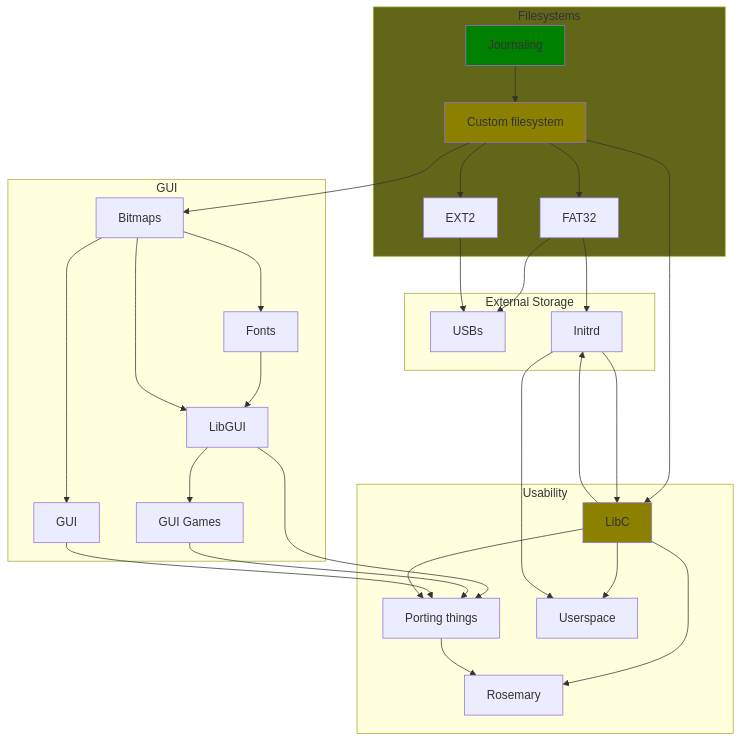
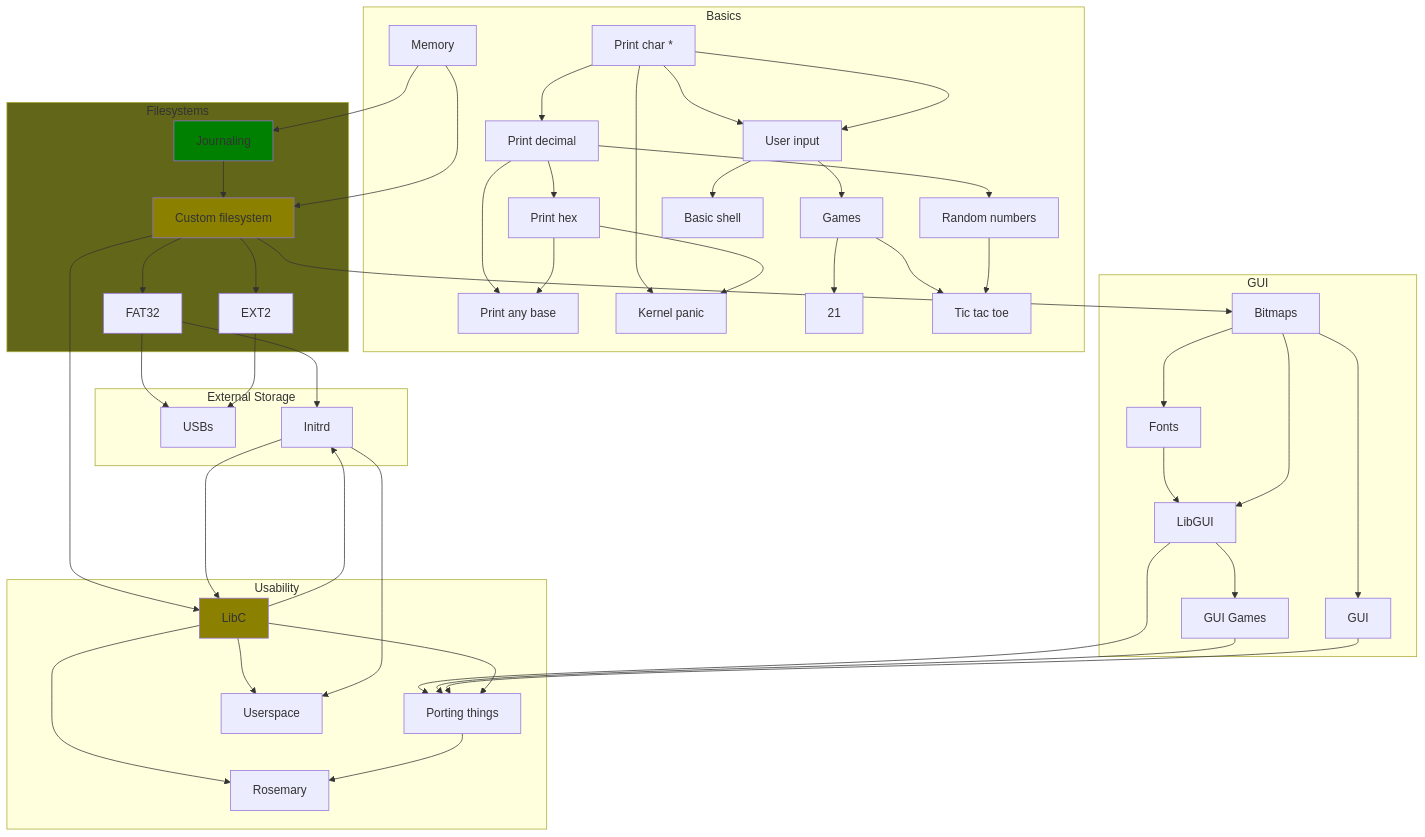
The diagram in README.md (spartanproj/os), drawn with Mermaid before and after one commit.

````diff
--- a/README.md
+++ b/README.md
@@ -35,43 +35,62 @@
 ```mermaid
 graph TD
+subgraph Basics
+A1[Print char *]-->B1[Print decimal];
+B1-->C1[Print hex];
+B1-->D1[Print any base];
+C1-->D1;
+B1-->E1[Random numbers];
+F1[Memory];
+G1[Kernel panic];
+A1-->G1;
+C1-->G1;
+A1-->H1[User input];
+H1-->I1[Games];
+I1-->J1[21];
+I1-->K1[Tic tac toe];
+E1-->K1;
+A1-->H1-->L1[Basic shell];
+end
 subgraph Filesystems
+F1-->A;
+F1-->B;
 A[Journaling];
 B-->C[FAT32];
 B-->D[EXT2];
 A-->B[Custom filesystem];
 end
 subgraph GUI
 E[Bitmaps];
 F[Fonts];
 B-->E;
 E-->F;
 E-->G[GUI];
 F-->I;
 I-->H[GUI Games];
 E-->I[LibGUI];
 end
 subgraph Usability
 I-->J[Porting things];
 H-->J;
 G-->J;
 B-->L[LibC];
 L-->Q[Rosemary];
 J-->Q;
 L-->P[Userspace];
 end
 L-->J;
 subgraph External Storage
 C-->M[USBs];
 D-->M;
 
 C-->O[Initrd];
 O-->L;
 L-->O;
 O-->P;
 
 end
 style A fill:green;
 style L fill:#8B8000;
 style B fill:#8B8000;
 style Filesystems fill:#626619
 ```
````
